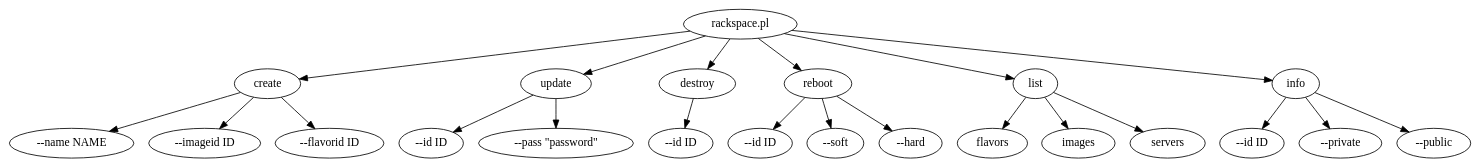
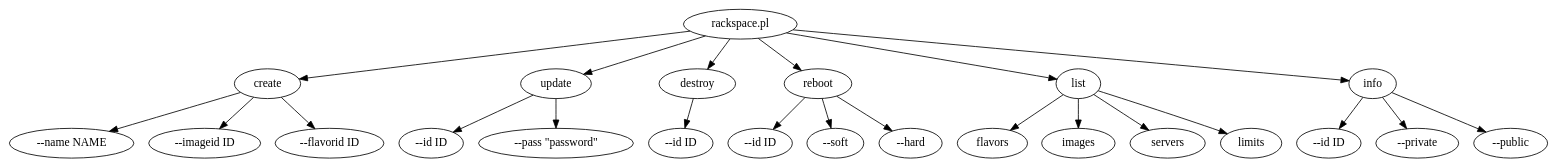
The diagram in rackspace.dot (mfontani/Net-RackSpace-CloudServers), drawn with Graphviz before and after one commit.

Commit message:
Added idea of 'list limits' to show current limits

```diff
--- a/rackspace.dot
+++ b/rackspace.dot
@@ -1,66 +1,68 @@
 digraph G {
 
   // rackspace COMMANDs:
   "rackspace.pl" -> "cmd_create";
   "rackspace.pl" -> "cmd_update";
   "rackspace.pl" -> "cmd_destroy";
   "rackspace.pl" -> "cmd_reboot";
   "rackspace.pl" -> "cmd_list";
   "rackspace.pl" -> "cmd_info";
 
   // rackspace REBOOT --opts
   "cmd_reboot" -> "cmd_reboot_opt_id";
   "cmd_reboot" -> "cmd_reboot_opt_soft";
   "cmd_reboot" -> "cmd_reboot_opt_hard";
 
   // rackspace DESTROY --opts
   "cmd_destroy" -> "cmd_destroy_opt_id";
 
   // rackspace CREATE --opts
   "cmd_create" -> "cmd_create_opt_name";
   "cmd_create" -> "cmd_create_opt_imageid";
   "cmd_create" -> "cmd_create_opt_flavorid";
 
   // rackspace UPDATE --opts
   "cmd_update" -> "cmd_update_opt_id";
   "cmd_update" -> "cmd_update_opt_adminpass";
 
   // rackspace LIST --opts
   "cmd_list" -> "cmd_list_flavors";
   "cmd_list" -> "cmd_list_images";
   "cmd_list" -> "cmd_list_servers";
+  "cmd_list" -> "cmd_list_limits";
 
   // rackspace INFO --opts
   "cmd_info" -> "cmd_info_id";
   "cmd_info" -> "cmd_info_private";
   "cmd_info" -> "cmd_info_public";
 
   cmd_create [label="create"];
   cmd_update [label="update"];
   cmd_destroy [label="destroy"];
   cmd_reboot [label="reboot"];
   cmd_list [label="list"];
   cmd_info [label="info"];
 
   cmd_destroy_opt_id [label="--id ID"];
 
   cmd_reboot_opt_id [label="--id ID"];
   cmd_reboot_opt_soft [label="--soft"];
   cmd_reboot_opt_hard [label="--hard"];
 
   cmd_create_opt_name [label="--name NAME"];
   cmd_create_opt_imageid [label="--imageid ID"];
   cmd_create_opt_flavorid [label="--flavorid ID"];
 
   cmd_update_opt_id [label="--id ID"];
   cmd_update_opt_adminpass [label="--pass \"password\""];
 
   cmd_list_flavors [label="flavors"];
   cmd_list_images [label="images"];
   cmd_list_servers [label="servers"];
+  cmd_list_limits [label="limits"];
 
   cmd_info_id [label="--id ID"];
   cmd_info_private [label="--private"];
   cmd_info_public [label="--public"];
 
 }
```
